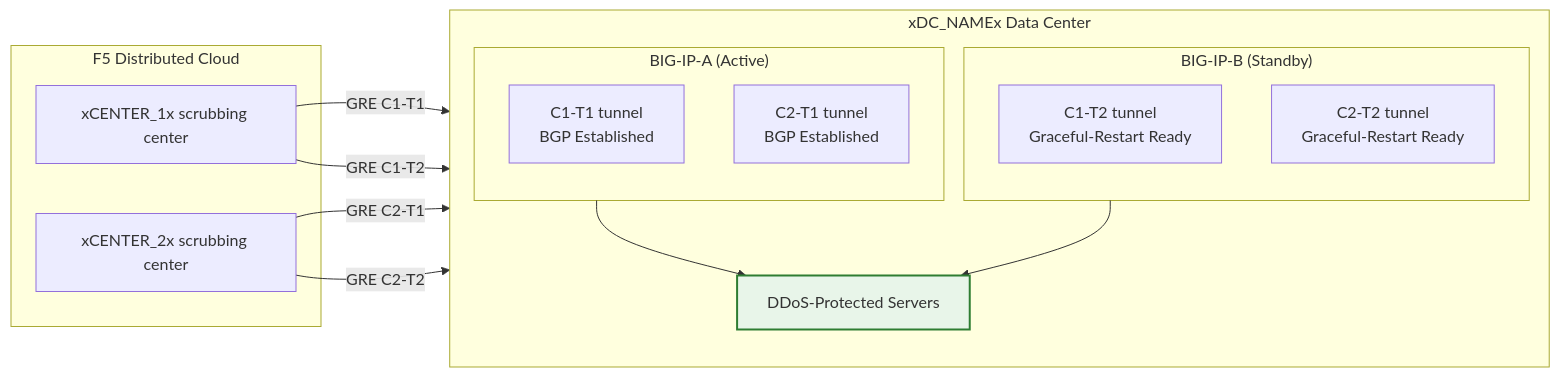
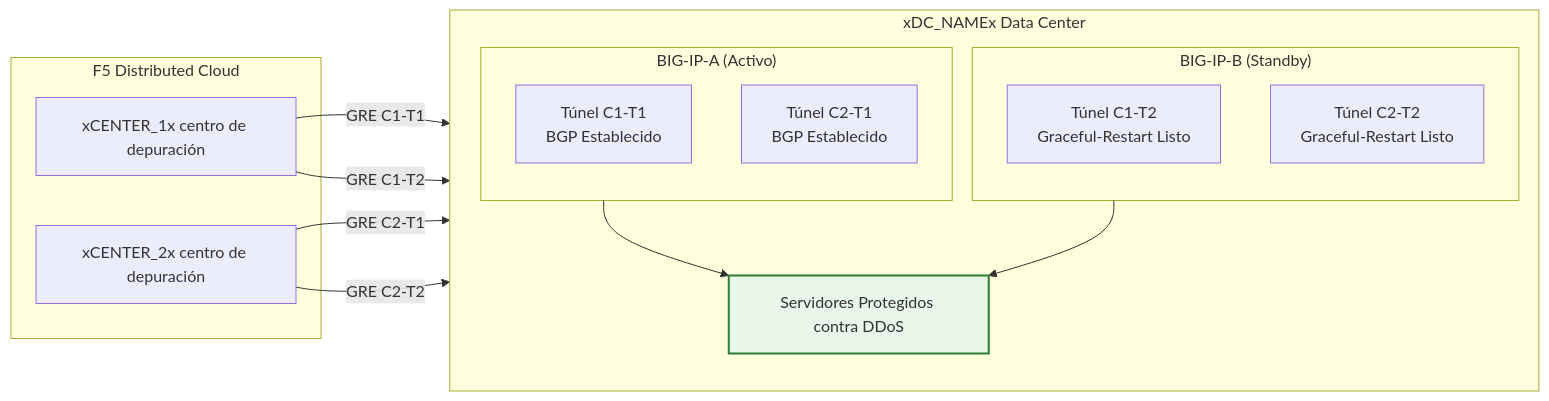
The second of 2 diagrams in docs/es/overview.mdx (f5-sales-demo/ddos), drawn with Mermaid before and after one commit. The commit also changed other lines of this file and 95 other files, not shown here.

````diff
--- a/docs/es/overview.mdx
+++ b/docs/es/overview.mdx
@@ -68,29 +68,29 @@
 ```mermaid
 flowchart LR
     subgraph F5XC["F5 Distributed Cloud"]
-        C1["xCENTER_1x scrubbing center"]
-        C2["xCENTER_2x scrubbing center"]
+        C1["xCENTER_1x centro de depuración"]
+        C2["xCENTER_2x centro de depuración"]
     end
 
     subgraph DC["xDC_NAMEx Data Center"]
         direction TB
-        subgraph UNITA["BIG-IP-A (Active)"]
-            A_C1["C1-T1 tunnel<br/>BGP Established"]
-            A_C2["C2-T1 tunnel<br/>BGP Established"]
+        subgraph UNITA["BIG-IP-A (Activo)"]
+            A_C1["Túnel C1-T1<br/>BGP Establecido"]
+            A_C2["Túnel C2-T1<br/>BGP Establecido"]
         end
         subgraph UNITB["BIG-IP-B (Standby)"]
-            B_C1["C1-T2 tunnel<br/>Graceful-Restart Ready"]
-            B_C2["C2-T2 tunnel<br/>Graceful-Restart Ready"]
+            B_C1["Túnel C1-T2<br/>Graceful-Restart Listo"]
+            B_C2["Túnel C2-T2<br/>Graceful-Restart Listo"]
         end
-        SERVERS["DDoS-Protected Servers"]
+        SERVERS["Servidores Protegidos contra DDoS"]
     end
 
     C1 -- "GRE C1-T1" --> A_C1
     C2 -- "GRE C2-T1" --> A_C2
     C1 -- "GRE C1-T2" --> B_C1
     C2 -- "GRE C2-T2" --> B_C2
     UNITA --> SERVERS
     UNITB --> SERVERS
 
     style SERVERS fill:#e8f5e9,stroke:#2e7d32,stroke-width:2px
 ```
````
